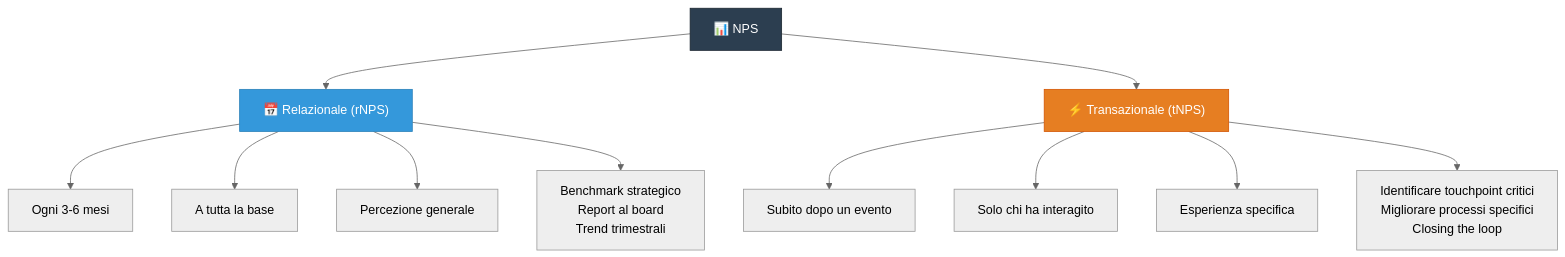
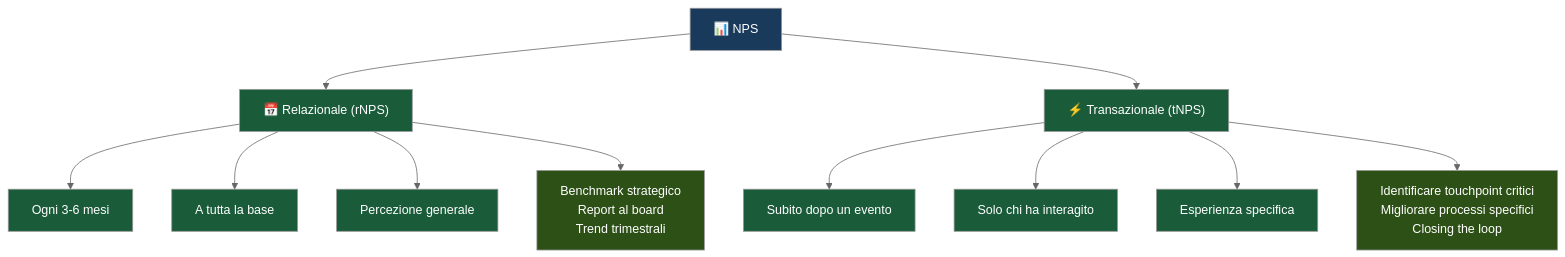
The second of 5 diagrams in src/content/corso/analisi-prodotto/nps-net-promoter-score.mdx (AndreyBertasini/gynnitech), drawn with Mermaid (neutral theme) before and after one commit. The commit also changed other lines of this file and 21 other files, not shown here.

First line of the commit message:
style: applica color scheme semantico a tutti i diagrammi Mermaid del corso

````diff
--- a/src/content/corso/analisi-prodotto/nps-net-promoter-score.mdx
+++ b/src/content/corso/analisi-prodotto/nps-net-promoter-score.mdx
@@ -78,16 +78,24 @@
 ```mermaid
 graph TD
     NPS["📊 NPS"] --> R["📅 Relazionale (rNPS)"]
     NPS --> T["⚡ Transazionale (tNPS)"]
     R --> R1["Ogni 3-6 mesi"]
     R --> R2["A tutta la base"]
     R --> R3["Percezione generale"]
     T --> T1["Subito dopo un evento"]
     T --> T2["Solo chi ha interagito"]
     T --> T3["Esperienza specifica"]
     R --> USE1["Benchmark strategico\nReport al board\nTrend trimestrali"]
     T --> USE2["Identificare touchpoint critici\nMigliorare processi specifici\nClosing the loop"]
-    style NPS fill:#2c3e50,stroke:#1a252f,color:#fff
-    style R fill:#3498db,stroke:#2980b9,color:#fff
-    style T fill:#e67e22,stroke:#d35400,color:#fff
+    style NPS fill:#1a3a5c,color:#ffffff
+    style R fill:#1a5c3a,color:#ffffff
+    style T fill:#1a5c3a,color:#ffffff
+    style R1 fill:#1a5c3a,color:#ffffff
+    style R2 fill:#1a5c3a,color:#ffffff
+    style R3 fill:#1a5c3a,color:#ffffff
+    style T1 fill:#1a5c3a,color:#ffffff
+    style T2 fill:#1a5c3a,color:#ffffff
+    style T3 fill:#1a5c3a,color:#ffffff
+    style USE1 fill:#2d5016,color:#ffffff
+    style USE2 fill:#2d5016,color:#ffffff
 ```
````
